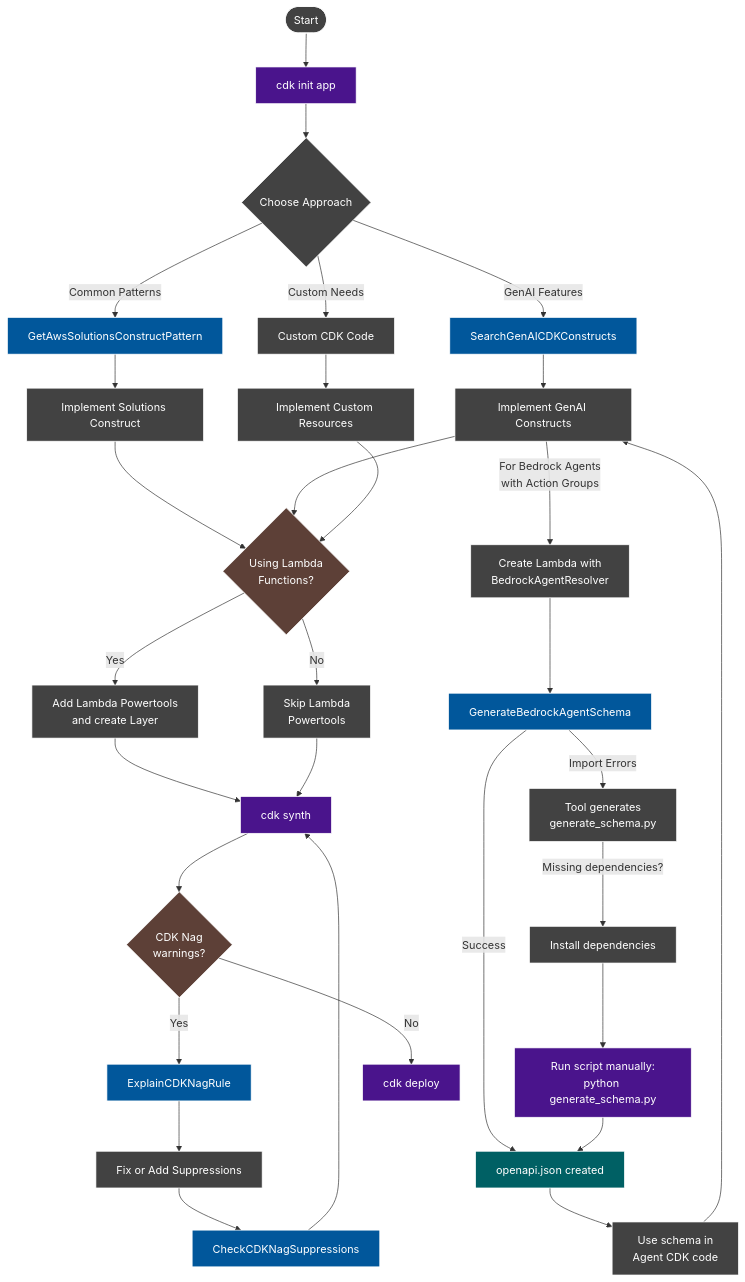
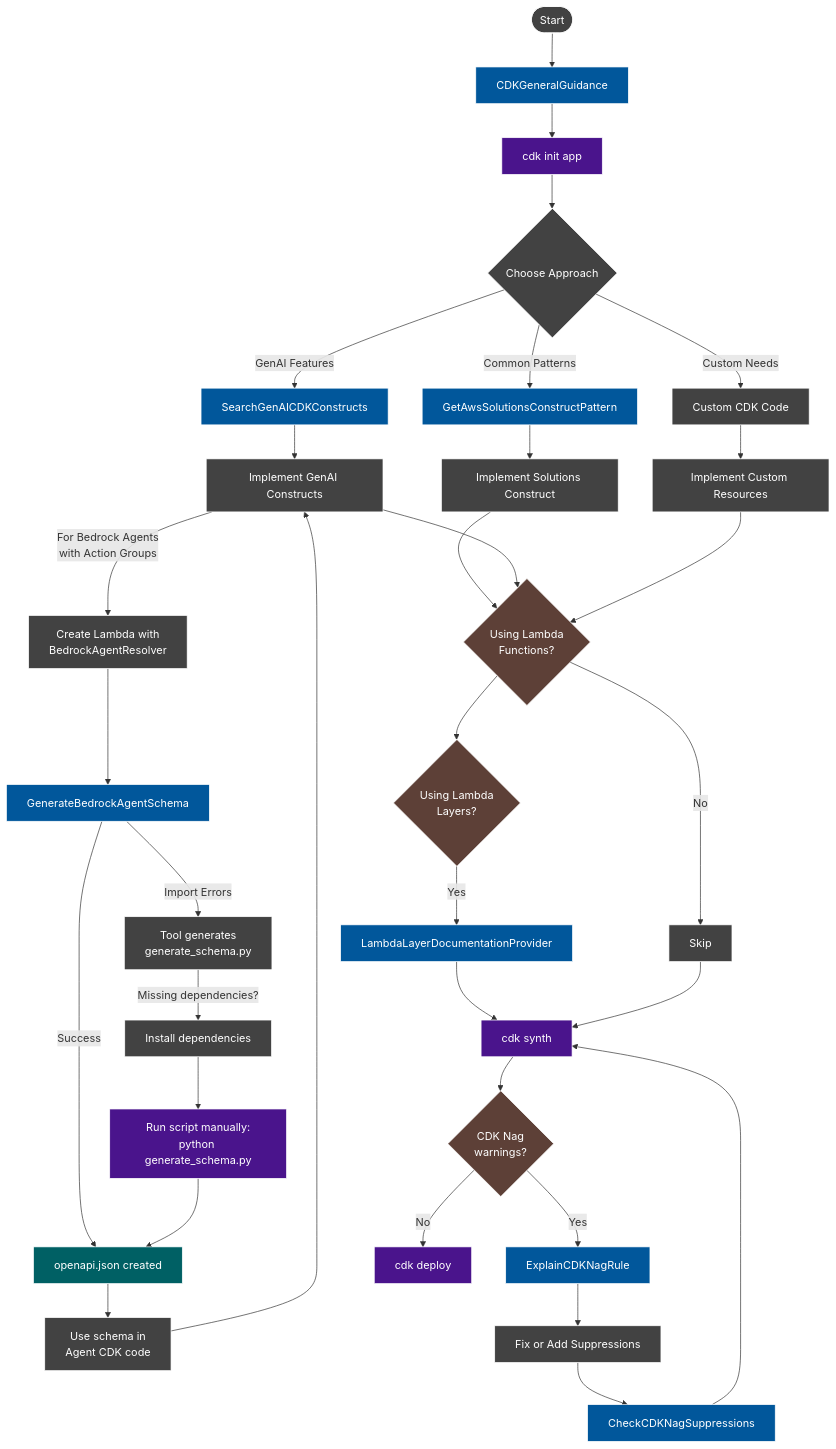
Before and after one commit to tonygitworld/costq-mcp-servers: the diagram in src/cdk-mcp-server/README.md, drawn with Mermaid. The commit also changed other lines of this file and 11 other files, not shown here.

First line of the commit message:
Feat/cdk lambda layer generator tool (#106)

````diff
--- a/src/cdk-mcp-server/README.md
+++ b/src/cdk-mcp-server/README.md
@@ -47,58 +54,61 @@
 ```mermaid
 graph TD
-    Start([Start]) --> Init["cdk init app"]
+    Start([Start]) --> A["CDKGeneralGuidance"]
+    A --> Init["cdk init app"]
 
     Init --> B{Choose Approach}
     B -->|"Common Patterns"| C1["GetAwsSolutionsConstructPattern"]
     B -->|"GenAI Features"| C2["SearchGenAICDKConstructs"]
     B -->|"Custom Needs"| C3["Custom CDK Code"]
 
     C1 --> D1["Implement Solutions Construct"]
     C2 --> D2["Implement GenAI Constructs"]
     C3 --> D3["Implement Custom Resources"]
 
     %% Bedrock Agent with Action Groups specific flow
     D2 -->|"For Bedrock Agents<br/>with Action Groups"| BA["Create Lambda with<br/>BedrockAgentResolver"]
 
     %% Schema generation flow
     BA --> BS["GenerateBedrockAgentSchema"]
     BS -->|"Success"| JSON["openapi.json created"]
     BS -->|"Import Errors"| BSF["Tool generates<br/>generate_schema.py"]
     BSF -->|"Missing dependencies?"| InstallDeps["Install dependencies"]
     InstallDeps --> BSR["Run script manually:<br/>python generate_schema.py"]
     BSR --> JSON["openapi.json created"]
 
     %% Use schema in Agent CDK
     JSON --> AgentCDK["Use schema in<br/>Agent CDK code"]
     AgentCDK --> D2
 
     %% Conditional Lambda Powertools implementation
     D1 & D2 & D3 --> HasLambda{"Using Lambda<br/>Functions?"}
-    HasLambda -->|"Yes"| L["Add Lambda Powertools<br/>and create Layer"]
-    HasLambda -->|"No"| SkipL["Skip Lambda<br/>Powertools"]
+    HasLambda --> UseLayer{"Using Lambda<br/>Layers?"}
+    UseLayer -->|"Yes"| LLDP["LambdaLayerDocumentationProvider"]
+
+    HasLambda -->|"No"| SkipL["Skip"]
 
     %% Rest of workflow
-    L --> Synth["cdk synth"]
+    LLDP["LambdaLayerDocumentationProvider"] --> Synth["cdk synth"]
     SkipL --> Synth
 
     Synth --> Nag{"CDK Nag<br/>warnings?"}
     Nag -->|Yes| E["ExplainCDKNagRule"]
     Nag -->|No| Deploy["cdk deploy"]
 
     E --> Fix["Fix or Add Suppressions"]
     Fix --> CN["CheckCDKNagSuppressions"]
     CN --> Synth
 
     %% Styling with darker colors
     classDef default fill:#424242,stroke:#ffffff,stroke-width:1px,color:#ffffff;
     classDef cmd fill:#4a148c,stroke:#ffffff,stroke-width:1px,color:#ffffff;
     classDef tool fill:#01579b,stroke:#ffffff,stroke-width:1px,color:#ffffff;
     classDef note fill:#1b5e20,stroke:#ffffff,stroke-width:1px,color:#ffffff;
     classDef output fill:#006064,stroke:#ffffff,stroke-width:1px,color:#ffffff;
     classDef decision fill:#5d4037,stroke:#ffffff,stroke-width:1px,color:#ffffff;
 
     class Init,Synth,Deploy,BSR cmd;
-    class C1,C2,BS,E,CN tool;
+    class A,C1,C2,BS,E,CN,LLDP tool;
     class JSON output;
-    class HasLambda,Nag decision;
+    class HasLambda,UseLayer,Nag decision;
 ```
````
